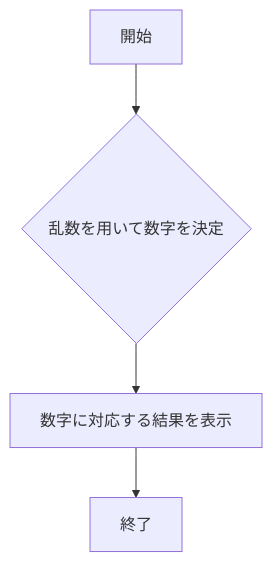
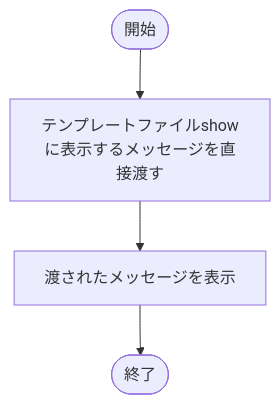
Before and after one commit to tubuanko/webpro_06: the second of 7 diagrams in README.md, drawn with Mermaid. The commit also changed other lines of this file and 1 other file, not shown here.

````diff
--- a/README.md
+++ b/README.md
@@ -91,13 +60,7 @@
 ```mermaid
 flowchart TD;
-start["開始"];
-random{"乱数を用いて数字を決定"}
-数字に対応する結果を表示
-end1["終了"]
-random{"乱数を用いて数字を決定"}
-
-
-start --> random　--> 数字に対応する結果を表示
--->end1
-
+    
+    start([開始]) --> a[テンプレートファイルshowに表示するメッセージを直接渡す] 
+     --> b[渡されたメッセージを表示]
+     --> c([終了])
 ```
````
